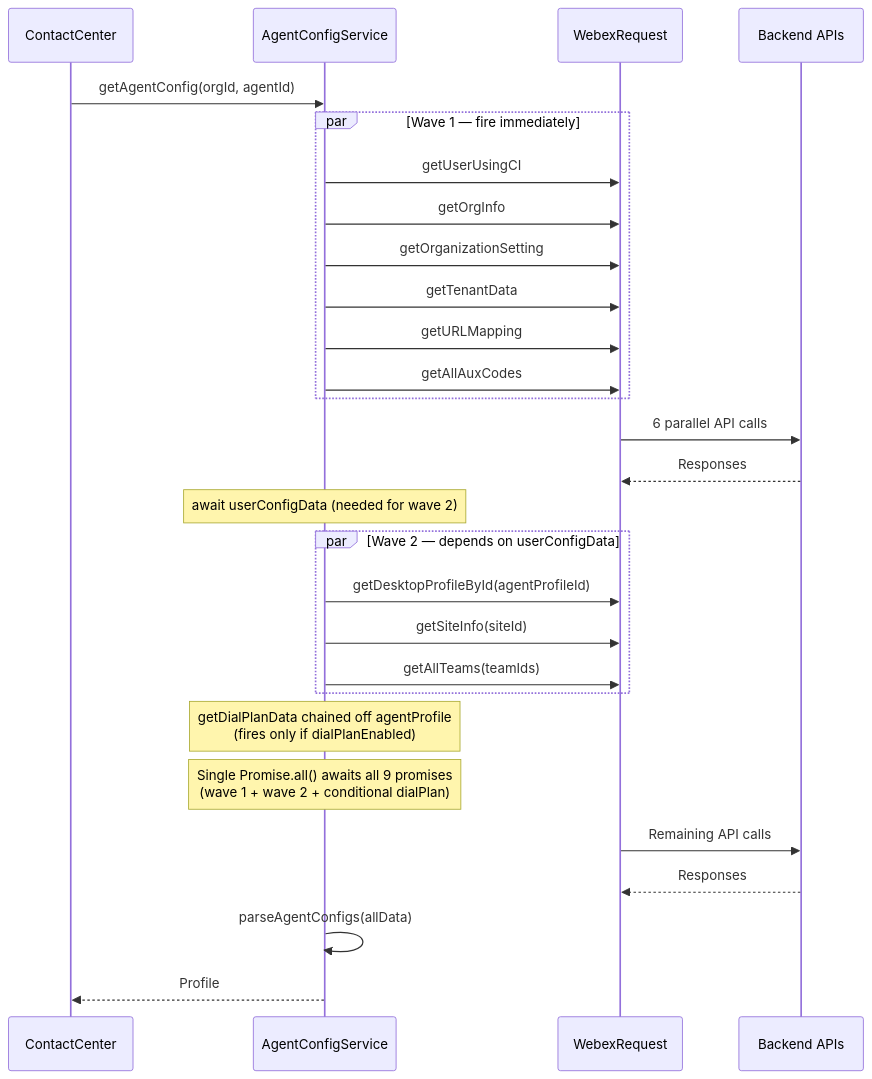
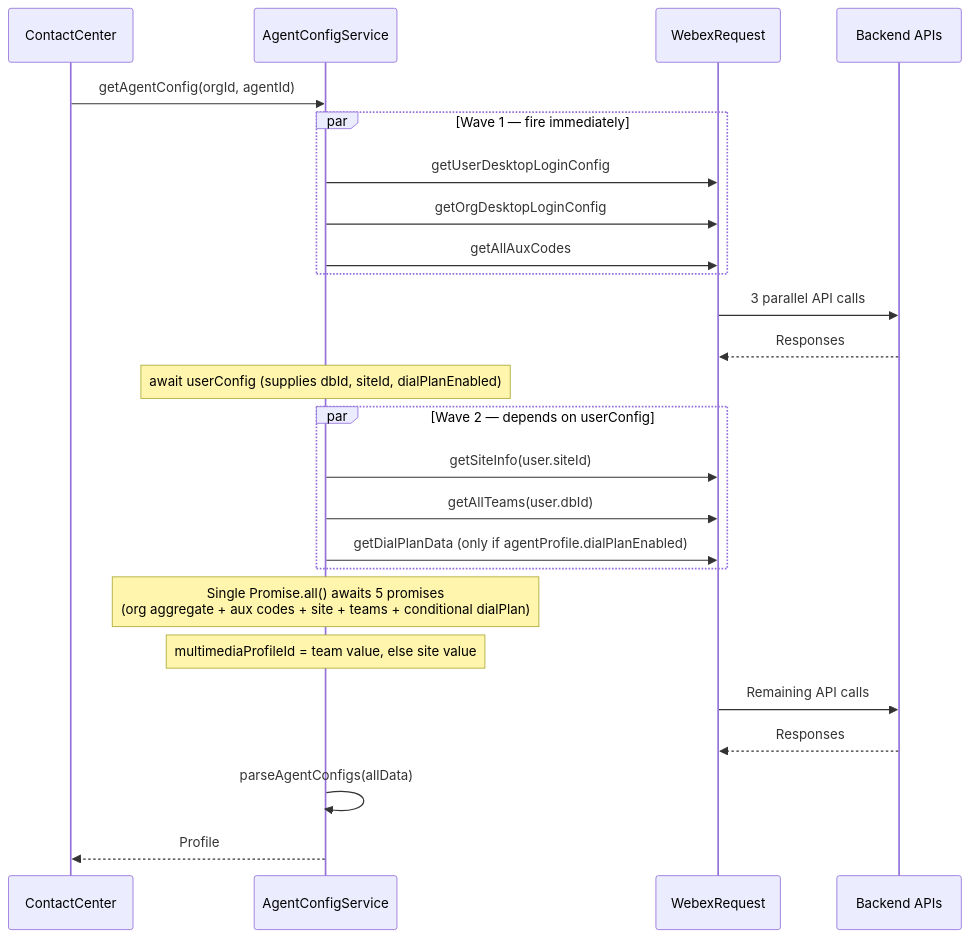
Before and after one commit to webex/webex-js-sdk: the diagram in packages/@webex/contact-center/src/services/config/ai-docs/ARCHITECTURE.md, drawn with Mermaid. The commit also changed other lines of this file and 12 other files, not shown here.

Commit message:
feat(contact-center): migrate agent config to desktop-login aggregate APIs

````diff
--- a/packages/@webex/contact-center/src/services/config/ai-docs/ARCHITECTURE.md
+++ b/packages/@webex/contact-center/src/services/config/ai-docs/ARCHITECTURE.md
@@ -22,38 +22,34 @@
 ```mermaid
 sequenceDiagram
     participant CC as ContactCenter
     participant Cfg as AgentConfigService
     participant WR as WebexRequest
     participant API as Backend APIs
 
     CC->>Cfg: getAgentConfig(orgId, agentId)
 
     par Wave 1 — fire immediately
-        Cfg->>WR: getUserUsingCI
-        Cfg->>WR: getOrgInfo
-        Cfg->>WR: getOrganizationSetting
-        Cfg->>WR: getTenantData
-        Cfg->>WR: getURLMapping
+        Cfg->>WR: getUserDesktopLoginConfig
+        Cfg->>WR: getOrgDesktopLoginConfig
         Cfg->>WR: getAllAuxCodes
     end
 
-    WR->>API: 6 parallel API calls
+    WR->>API: 3 parallel API calls
     API-->>WR: Responses
-    Note over Cfg: await userConfigData (needed for wave 2)
+    Note over Cfg: await userConfig (supplies dbId, siteId, dialPlanEnabled)
 
-    par Wave 2 — depends on userConfigData
-        Cfg->>WR: getDesktopProfileById(agentProfileId)
-        Cfg->>WR: getSiteInfo(siteId)
-        Cfg->>WR: getAllTeams(teamIds)
+    par Wave 2 — depends on userConfig
+        Cfg->>WR: getSiteInfo(user.siteId)
+        Cfg->>WR: getAllTeams(user.dbId)
+        Cfg->>WR: getDialPlanData (only if agentProfile.dialPlanEnabled)
     end
 
-    Note over Cfg: getDialPlanData chained off agentProfile<br/>(fires only if dialPlanEnabled)
-
-    Note over Cfg: Single Promise.all() awaits all 9 promises<br/>(wave 1 + wave 2 + conditional dialPlan)
+    Note over Cfg: Single Promise.all() awaits 5 promises<br/>(org aggregate + aux codes + site + teams + conditional dialPlan)
+    Note over Cfg: multimediaProfileId = team value, else site value
 
     WR->>API: Remaining API calls
     API-->>WR: Responses
 
     Cfg->>Cfg: parseAgentConfigs(allData)
     Cfg-->>CC: Profile
 ```
````
